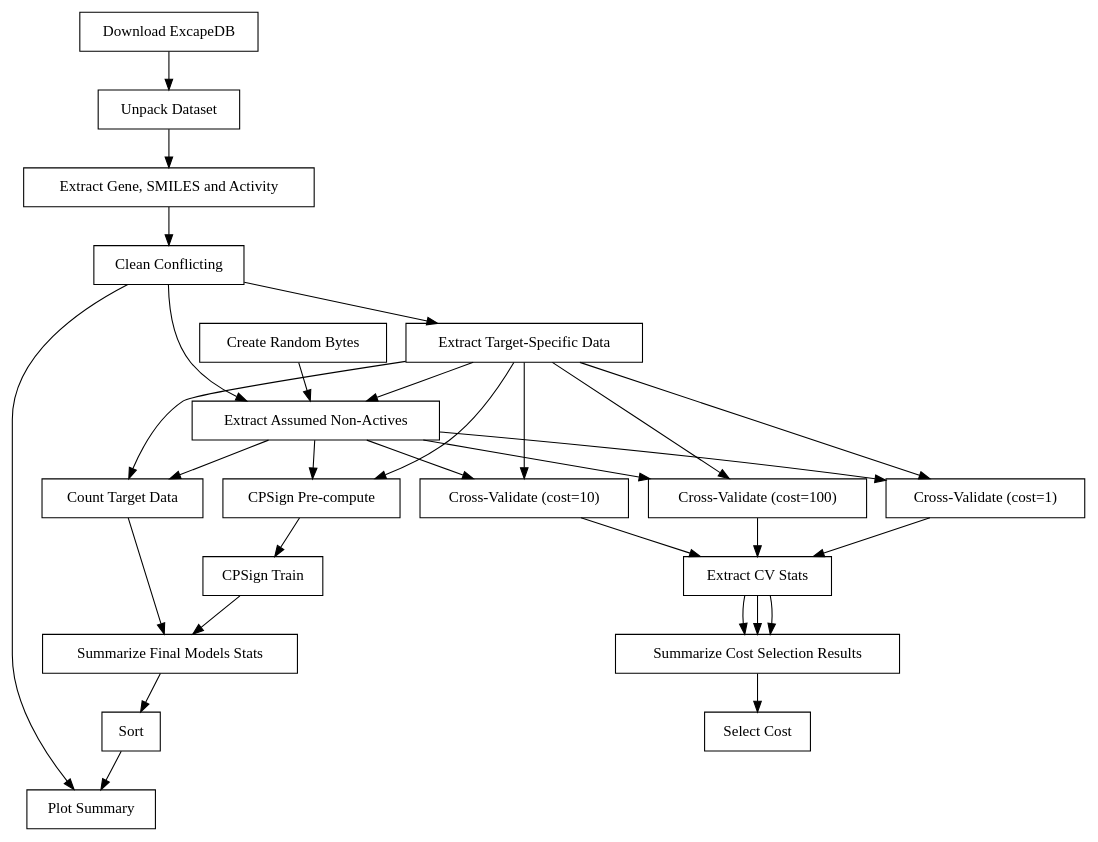
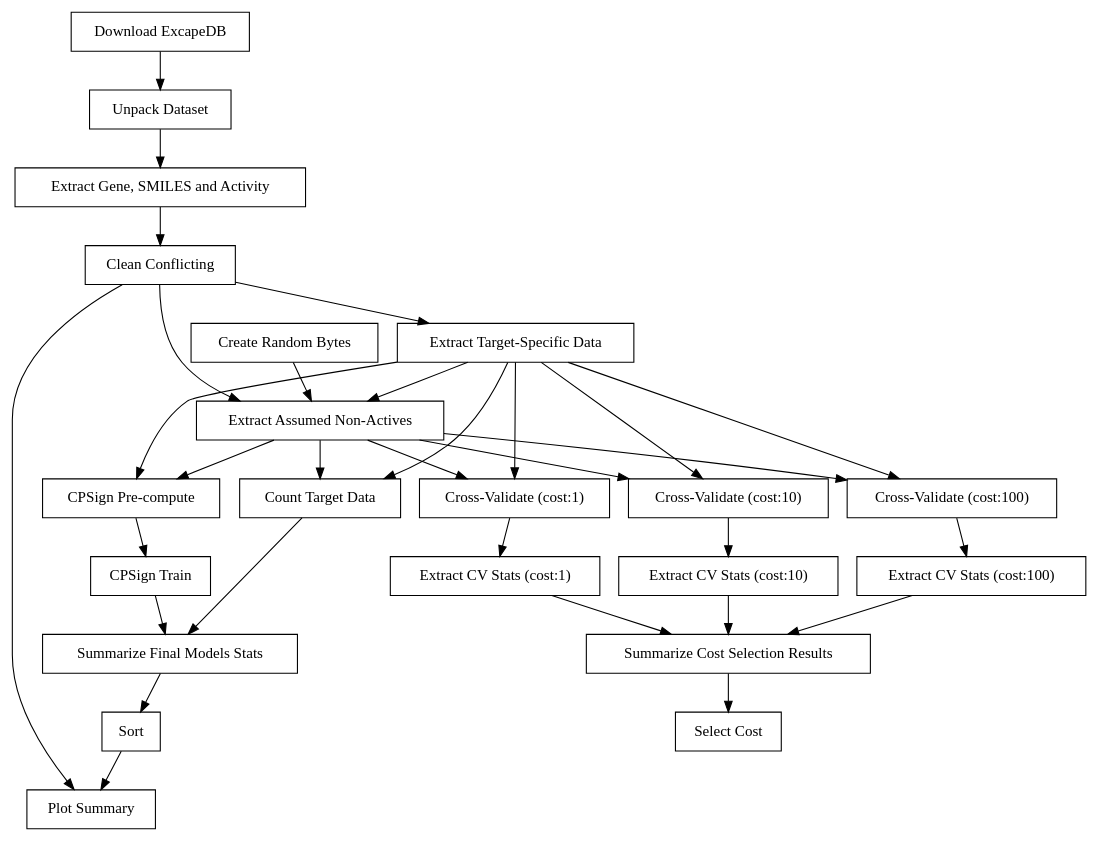
Before and after one commit to pharmbio/ptp-project: the diagram in manuscript_disp/figures/workflow_graph_clean.dot, drawn with Graphviz. The commit also changed 1 other file, not shown here.

```diff
--- a/manuscript_disp/figures/workflow_graph_clean.dot
+++ b/manuscript_disp/figures/workflow_graph_clean.dot
@@ -1,53 +1,53 @@
 digraph train_models {
   "Extract Assumed Non-Actives"[shape=box];
   "CPSign Pre-compute"[shape=box];
-  "Cross-Validate (cost=1)"[shape=box];
-  "Cross-Validate (cost=10)"[shape=box];
-  "Cross-Validate (cost=100)"[shape=box];
-  "Extract CV Stats"[shape=box];
+  "Cross-Validate (cost:1)"[shape=box];
+  "Cross-Validate (cost:10)"[shape=box];
+  "Cross-Validate (cost:100)"[shape=box];
+  "Extract CV Stats (cost:100)"[shape=box];
+  "Extract CV Stats (cost:1)"[shape=box];
+  "Extract CV Stats (cost:10)"[shape=box];
   "Create Random Bytes"[shape=box];
   "Summarize Cost Selection Results"[shape=box];
   "Summarize Final Models Stats"[shape=box];
-  "Extract CV Stats"[shape=box];
   "Select Cost"[shape=box];
   "Extract Target-Specific Data"[shape=box];
   "Count Target Data"[shape=box];
-  "Extract CV Stats"[shape=box];
   "Plot Summary"[shape=box];
   "Unpack Dataset"[shape=box];
   "Clean Conflicting"[shape=box];
   "Extract Gene, SMILES and Activity"[shape=box];
   "CPSign Train"[shape=box];
   "Sort"[shape=box];
   "Download ExcapeDB"[shape=box];
   "Extract Assumed Non-Actives" -> "Count Target Data";
   "Extract Assumed Non-Actives" -> "CPSign Pre-compute";
-  "Extract Assumed Non-Actives" -> "Cross-Validate (cost=1)";
-  "Extract Assumed Non-Actives" -> "Cross-Validate (cost=10)";
-  "Extract Assumed Non-Actives" -> "Cross-Validate (cost=100)";
+  "Extract Assumed Non-Actives" -> "Cross-Validate (cost:1)";
+  "Extract Assumed Non-Actives" -> "Cross-Validate (cost:10)";
+  "Extract Assumed Non-Actives" -> "Cross-Validate (cost:100)";
   "CPSign Pre-compute" -> "CPSign Train";
-  "Extract CV Stats" -> "Summarize Cost Selection Results";
+  "Extract CV Stats (cost:1)" -> "Summarize Cost Selection Results";
+  "Extract CV Stats (cost:100)" -> "Summarize Cost Selection Results";
+  "Extract CV Stats (cost:10)" -> "Summarize Cost Selection Results";
+  "Cross-Validate (cost:1)" -> "Extract CV Stats (cost:1)";
+  "Cross-Validate (cost:100)" -> "Extract CV Stats (cost:100)";
+  "Cross-Validate (cost:10)" -> "Extract CV Stats (cost:10)" ;
+  "Count Target Data" -> "Summarize Final Models Stats";
   "Create Random Bytes" -> "Extract Assumed Non-Actives";
   "Summarize Cost Selection Results" -> "Select Cost";
   "Summarize Final Models Stats" -> "Sort";
-  "Extract CV Stats" -> "Summarize Cost Selection Results";
-  "Cross-Validate (cost=1)" -> "Extract CV Stats";
-  "Cross-Validate (cost=10)" -> "Extract CV Stats";
-  "Cross-Validate (cost=100)" -> "Extract CV Stats";
-  "Extract Target-Specific Data" -> "Cross-Validate (cost=1)";
-  "Extract Target-Specific Data" -> "Cross-Validate (cost=10)";
-  "Extract Target-Specific Data" -> "Cross-Validate (cost=100)";
+  "Extract Target-Specific Data" -> "Cross-Validate (cost:1)";
+  "Extract Target-Specific Data" -> "Cross-Validate (cost:10)";
+  "Extract Target-Specific Data" -> "Cross-Validate (cost:100)";
   "Extract Target-Specific Data" -> "Count Target Data";
   "Extract Target-Specific Data" -> "Extract Assumed Non-Actives";
   "Extract Target-Specific Data" -> "CPSign Pre-compute";
-  "Count Target Data" -> "Summarize Final Models Stats";
-  "Extract CV Stats" -> "Summarize Cost Selection Results";
   "Unpack Dataset" -> "Extract Gene, SMILES and Activity";
   "Clean Conflicting" -> "Plot Summary";
   "Clean Conflicting" -> "Extract Target-Specific Data";
   "Clean Conflicting" -> "Extract Assumed Non-Actives";
   "Extract Gene, SMILES and Activity" -> "Clean Conflicting";
   "CPSign Train" -> "Summarize Final Models Stats";
   "Sort" -> "Plot Summary";
   "Download ExcapeDB" -> "Unpack Dataset";
 }
```
